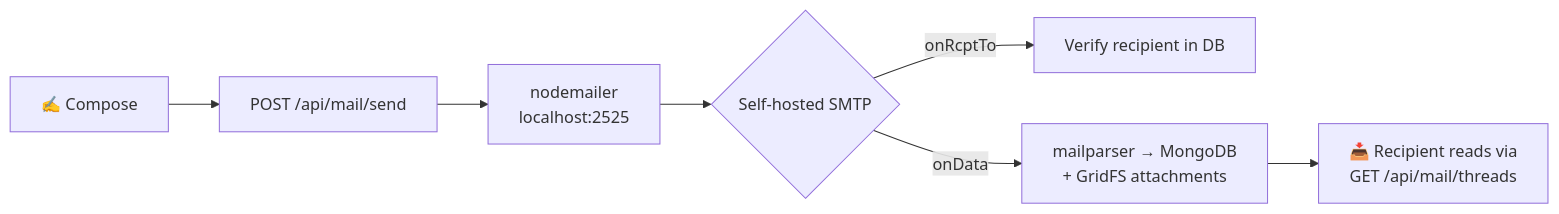
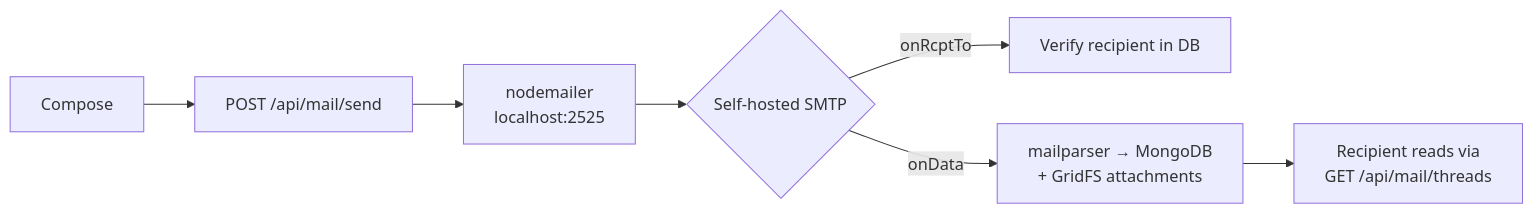
The third of 4 diagrams in README.md (Himesh-Jadav/sandeshmailbox), drawn with Mermaid before and after one commit. The commit also changed other lines of this file, not shown here.

````diff
--- a/README.md
+++ b/README.md
@@ -152,9 +265,9 @@
 ```mermaid
 flowchart LR
-    A["✍️ Compose"] --> B["POST /api/mail/send"]
+    A["Compose"] --> B["POST /api/mail/send"]
     B --> C["nodemailer<br/>localhost:2525"]
     C --> D{"Self-hosted SMTP"}
     D -->|onRcptTo| E["Verify recipient in DB"]
     D -->|onData| F["mailparser → MongoDB<br/>+ GridFS attachments"]
-    F --> G["📥 Recipient reads via<br/>GET /api/mail/threads"]
+    F --> G["Recipient reads via<br/>GET /api/mail/threads"]
 ```
````
